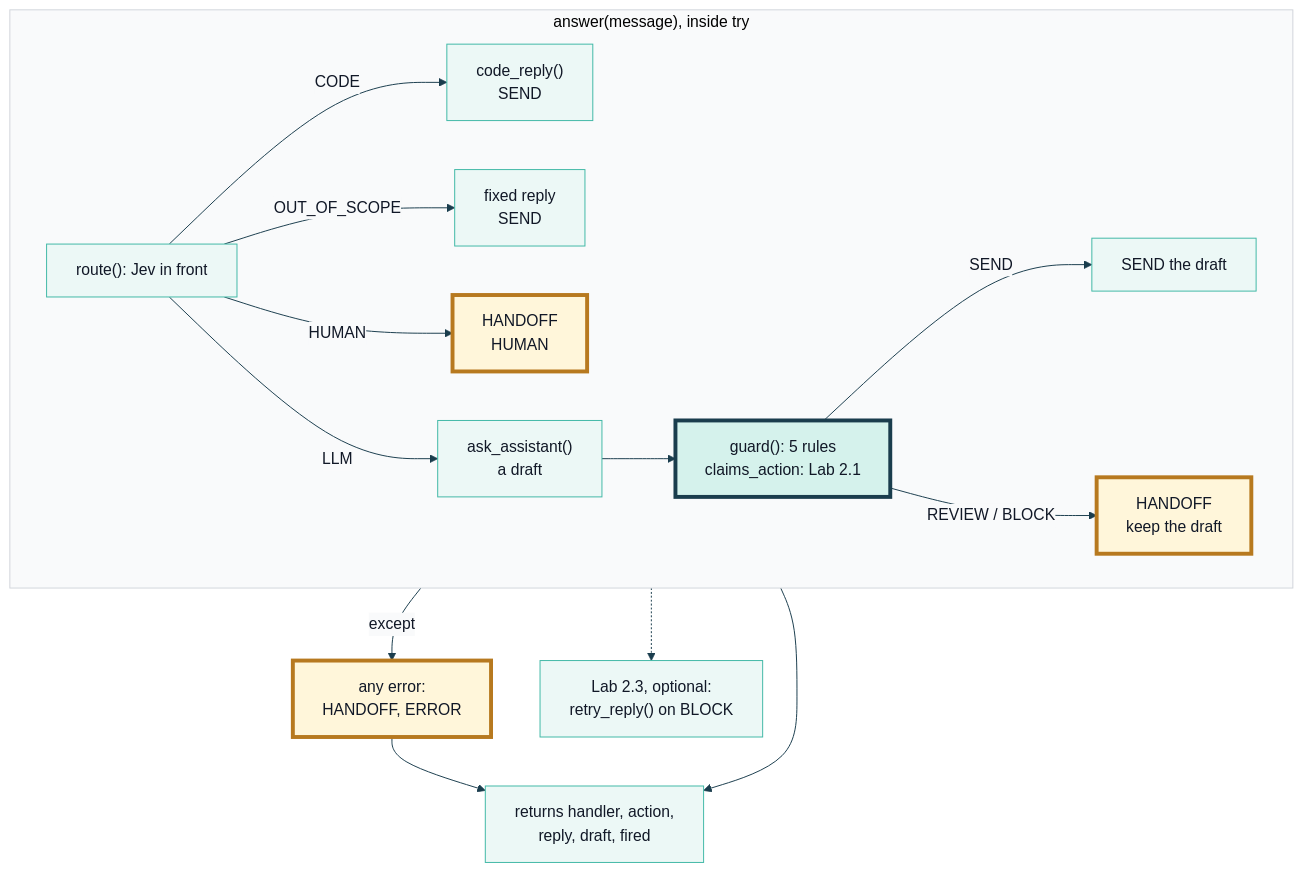
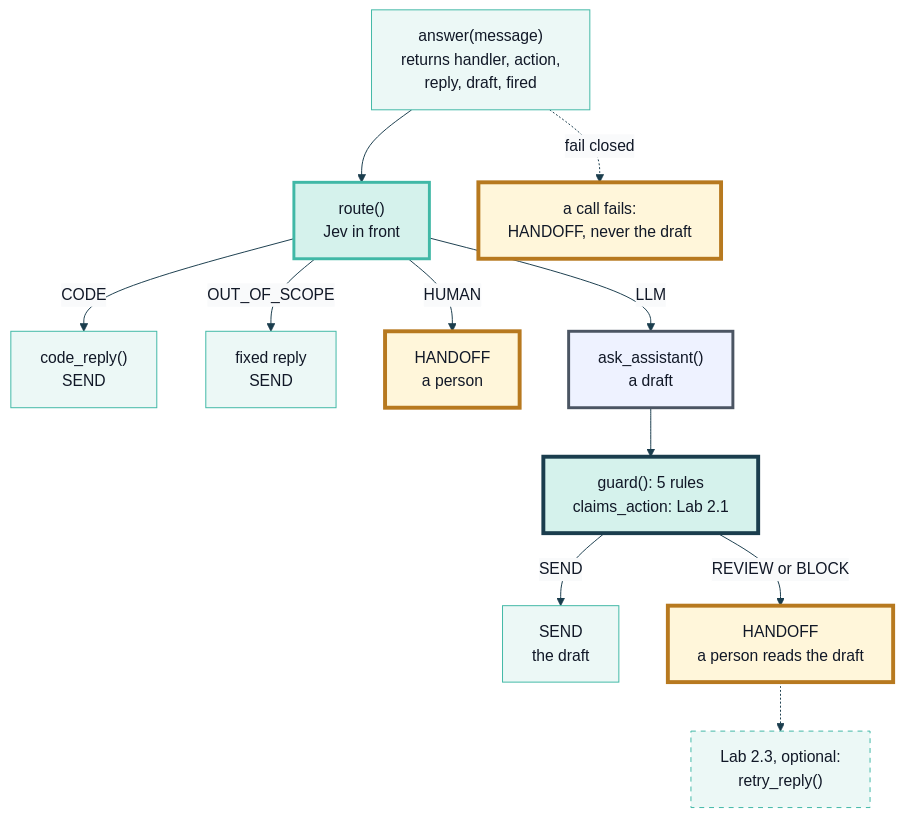
One commit to axel-sirota/getting_started_jev changed the diagram in course/diagrams/module_04/p2-lab-map.mmd. Above: the diagram before and after it, drawn with Mermaid. The commit also changed 29 other files, not shown here.

Commit message:
Module 4: notebooks and diagrams

```diff
--- a/course/diagrams/module_04/p2-lab-map.mmd
+++ b/course/diagrams/module_04/p2-lab-map.mmd
@@ -1,35 +1,34 @@
 %%{init: {"theme": "base", "themeVariables": {"fontFamily": "Inter, sans-serif", "primaryColor": "#ECF8F6", "primaryBorderColor": "#40B8A6", "primaryTextColor": "#111827", "lineColor": "#1A3D4D", "secondaryColor": "#F9FAFB", "tertiaryColor": "#FFFFFF", "clusterBkg": "#F9FAFB", "clusterBorder": "#D1D5DB", "actorBkg": "#ECF8F6", "actorBorder": "#40B8A6", "noteBkgColor": "#FFF6DA", "noteBorderColor": "#E0B84C"}}}%%
-flowchart TD
-  subgraph TRY["answer(message), inside try"]
-    RT["route(): Jev in front"]
-    CO["code_reply()<br/>SEND"]
-    OS["fixed reply<br/>SEND"]
-    HU["HANDOFF<br/>HUMAN"]
-    DR["ask_assistant()<br/>a draft"]
-    G["guard(): 5 rules<br/>claims_action: Lab 2.1"]
-    SE["SEND the draft"]
-    HO["HANDOFF<br/>keep the draft"]
-    RT -- CODE --> CO
-    RT -- OUT_OF_SCOPE --> OS
-    RT -- HUMAN --> HU
-    RT -- LLM --> DR --> G
-    G -- SEND --> SE
-    G -- REVIEW / BLOCK --> HO
-  end
-  ER["any error:<br/>HANDOFF, ERROR"]
-  RET["returns handler, action,<br/>reply, draft, fired"]
-  RE["Lab 2.3, optional:<br/>retry_reply() on BLOCK"]
-  TRY -- except --> ER
-  TRY --> RET
-  ER --> RET
-  TRY -.-> RE
-
+flowchart TB
+  A["answer(message)<br/>returns handler, action,<br/>reply, draft, fired"]
+  RT["route()<br/>Jev in front"]
+  CO["code_reply()<br/>SEND"]
+  OS["fixed reply<br/>SEND"]
+  HU["HANDOFF<br/>a person"]
+  DR["ask_assistant()<br/>a draft"]
+  G["guard(): 5 rules<br/>claims_action: Lab 2.1"]
+  SE["SEND<br/>the draft"]
+  HO["HANDOFF<br/>a person reads the draft"]
+  ER["a call fails:<br/>HANDOFF, never the draft"]
+  RE["Lab 2.3, optional:<br/>retry_reply()"]
+  A --> RT
+  RT -- CODE --> CO
+  RT -- OUT_OF_SCOPE --> OS
+  RT -- HUMAN --> HU
+  RT -- LLM --> DR --> G
+  G -- SEND --> SE
+  G -- REVIEW or BLOCK --> HO
+  A -. "fail closed" .-> ER
+  HO -.-> RE
+  style RE stroke-dasharray:5 5
   classDef fail fill:#FDECEA,stroke:#B42318,stroke-width:4px
   classDef changed fill:#D5F2EC,stroke:#1A3D4D,stroke-width:4px
   classDef ok fill:#ECF8F6,stroke:#1A3D4D,stroke-width:3px
   classDef human fill:#FFF6DA,stroke:#B7791F,stroke-width:4px
   classDef jev fill:#D5F2EC,stroke:#40B8A6,stroke-width:3px
   classDef code fill:#FFFFFF,stroke:#1A3D4D,stroke-width:3px
   classDef llm fill:#EEF2FF,stroke:#4B5563,stroke-width:3px
   class G changed
+  class RT jev
+  class DR llm
   class HU,HO,ER human
```
